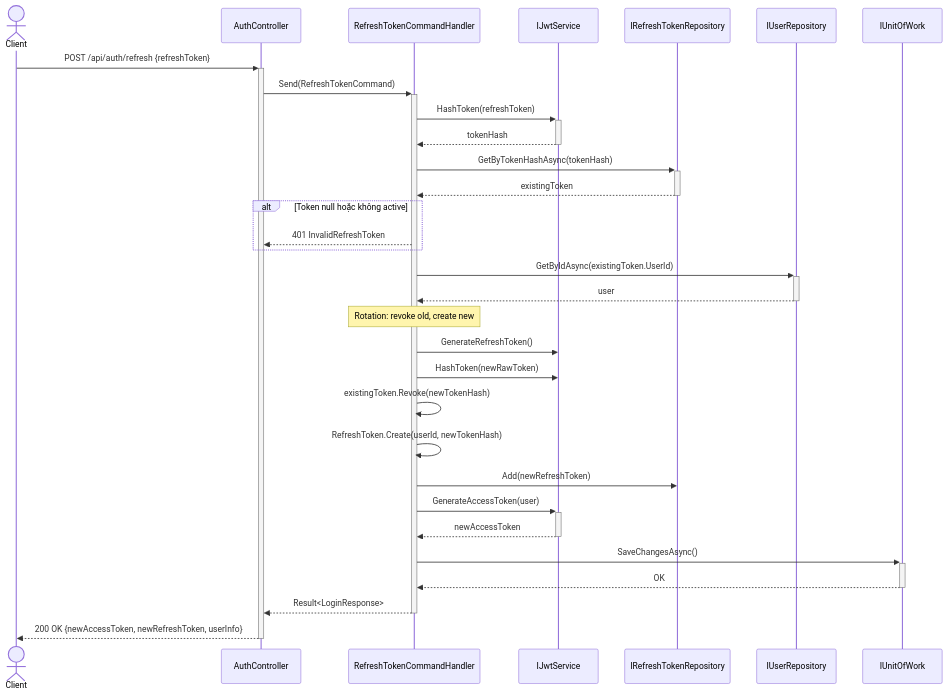
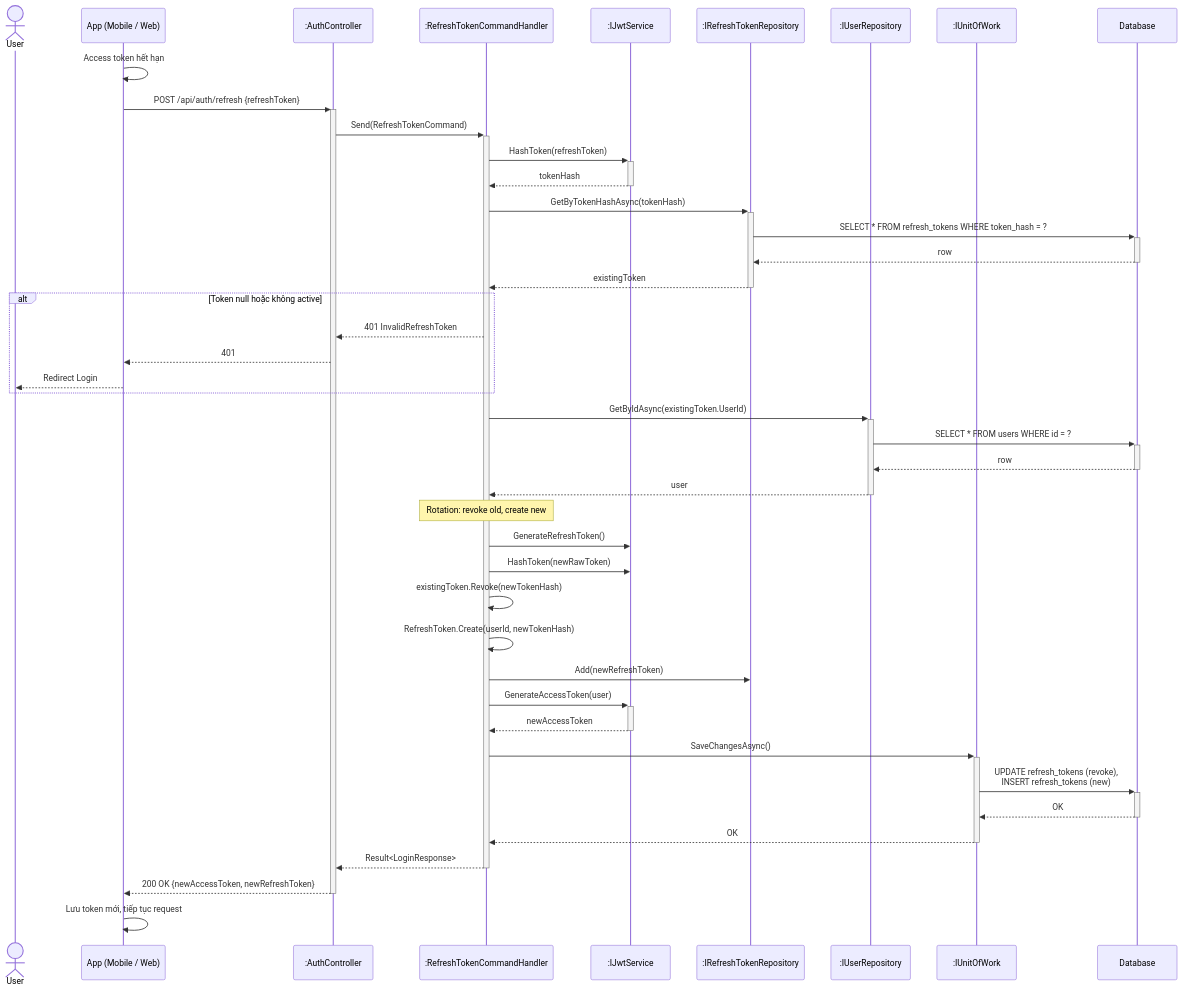
One commit to Capstonne-Project/greenlens-service changed the third of 25 diagrams in docs/BusinessRule/SEQUENCE_DIAGRAMS.md. Above: the diagram before and after it, drawn with Mermaid. The commit also changed other lines of this file, not shown here.

Commit message:
fix(docs): enhance format sequence diagram

````diff
--- a/docs/BusinessRule/SEQUENCE_DIAGRAMS.md
+++ b/docs/BusinessRule/SEQUENCE_DIAGRAMS.md
@@ -131,42 +161,54 @@
 ```mermaid
 sequenceDiagram
-    actor Client
-    participant API as AuthController
-    participant Handler as RefreshTokenCommandHandler
-    participant JWT as IJwtService
-    participant TokenRepo as IRefreshTokenRepository
-    participant UserRepo as IUserRepository
-    participant UoW as IUnitOfWork
+    actor User
+    participant App as App (Mobile / Web)
+    participant Ctrl as :AuthController
+    participant Hdl as :RefreshTokenCommandHandler
+    participant JWT as :IJwtService
+    participant TknRepo as :IRefreshTokenRepository
+    participant UserRepo as :IUserRepository
+    participant UoW as :IUnitOfWork
+    participant DB as Database
 
-    Client->>+API: POST /api/auth/refresh {refreshToken}
-    API->>+Handler: Send(RefreshTokenCommand)
+    App->>App: Access token hết hạn
+    App->>+Ctrl: POST /api/auth/refresh {refreshToken}
+    Ctrl->>+Hdl: Send(RefreshTokenCommand)
 
-    Handler->>+JWT: HashToken(refreshToken)
-    JWT-->>-Handler: tokenHash
+    Hdl->>+JWT: HashToken(refreshToken)
+    JWT-->>-Hdl: tokenHash
 
-    Handler->>+TokenRepo: GetByTokenHashAsync(tokenHash)
-    TokenRepo-->>-Handler: existingToken
+    Hdl->>+TknRepo: GetByTokenHashAsync(tokenHash)
+    TknRepo->>+DB: SELECT * FROM refresh_tokens WHERE token_hash = ?
+    DB-->>-TknRepo: row
+    TknRepo-->>-Hdl: existingToken
 
     alt Token null hoặc không active
-        Handler-->>API: 401 InvalidRefreshToken
+        Hdl-->>Ctrl: 401 InvalidRefreshToken
+        Ctrl-->>App: 401
+        App-->>User: Redirect Login
     end
 
-    Handler->>+UserRepo: GetByIdAsync(existingToken.UserId)
-    UserRepo-->>-Handler: user
+    Hdl->>+UserRepo: GetByIdAsync(existingToken.UserId)
+    UserRepo->>+DB: SELECT * FROM users WHERE id = ?
+    DB-->>-UserRepo: row
+    UserRepo-->>-Hdl: user
 
-    Note over Handler: Rotation: revoke old, create new
-    Handler->>JWT: GenerateRefreshToken()
-    Handler->>JWT: HashToken(newRawToken)
-    Handler->>Handler: existingToken.Revoke(newTokenHash)
-    Handler->>Handler: RefreshToken.Create(userId, newTokenHash)
-    Handler->>TokenRepo: Add(newRefreshToken)
+    Note over Hdl: Rotation: revoke old, create new
+    Hdl->>JWT: GenerateRefreshToken()
+    Hdl->>JWT: HashToken(newRawToken)
+    Hdl->>Hdl: existingToken.Revoke(newTokenHash)
+    Hdl->>Hdl: RefreshToken.Create(userId, newTokenHash)
+    Hdl->>TknRepo: Add(newRefreshToken)
 
-    Handler->>+JWT: GenerateAccessToken(user)
-    JWT-->>-Handler: newAccessToken
+    Hdl->>+JWT: GenerateAccessToken(user)
+    JWT-->>-Hdl: newAccessToken
 
-    Handler->>+UoW: SaveChangesAsync()
-    UoW-->>-Handler: OK
+    Hdl->>+UoW: SaveChangesAsync()
+    UoW->>+DB: UPDATE refresh_tokens (revoke),<br/>INSERT refresh_tokens (new)
+    DB-->>-UoW: OK
+    UoW-->>-Hdl: OK
 
-    Handler-->>-API: Result<LoginResponse>
-    API-->>-Client: 200 OK {newAccessToken, newRefreshToken, userInfo}
+    Hdl-->>-Ctrl: Result<LoginResponse>
+    Ctrl-->>-App: 200 OK {newAccessToken, newRefreshToken}
+    App->>App: Lưu token mới, tiếp tục request
 ```
````
